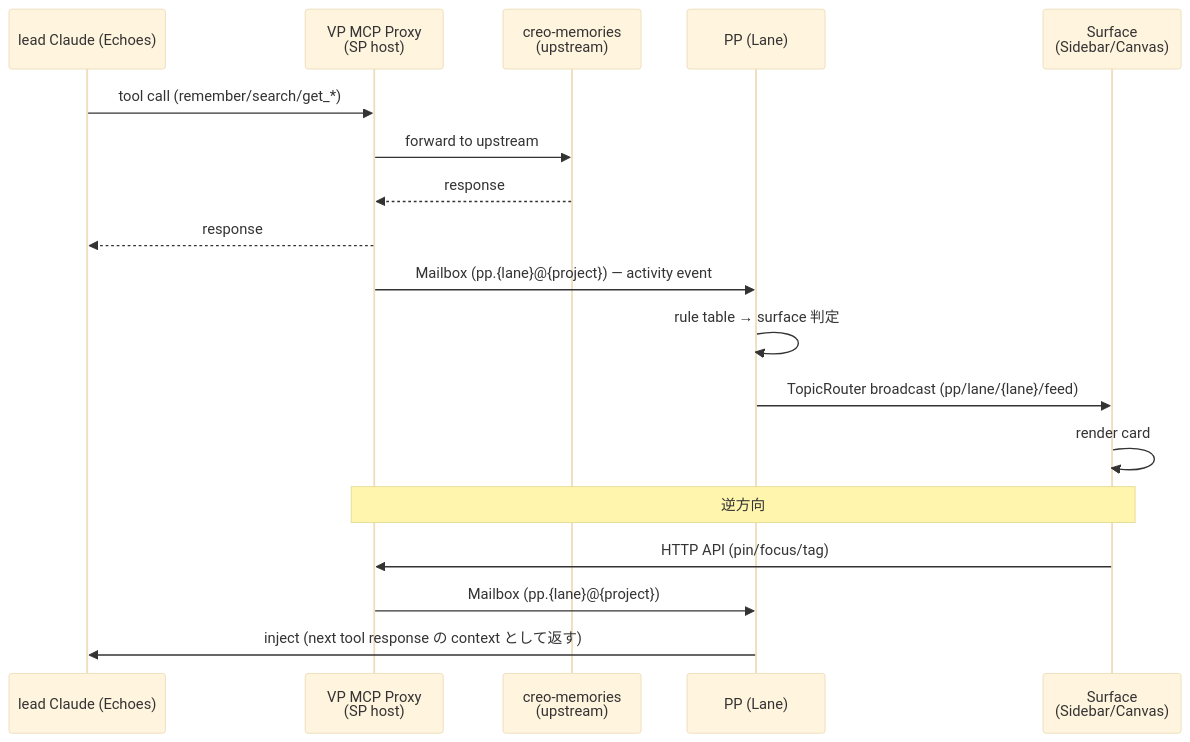
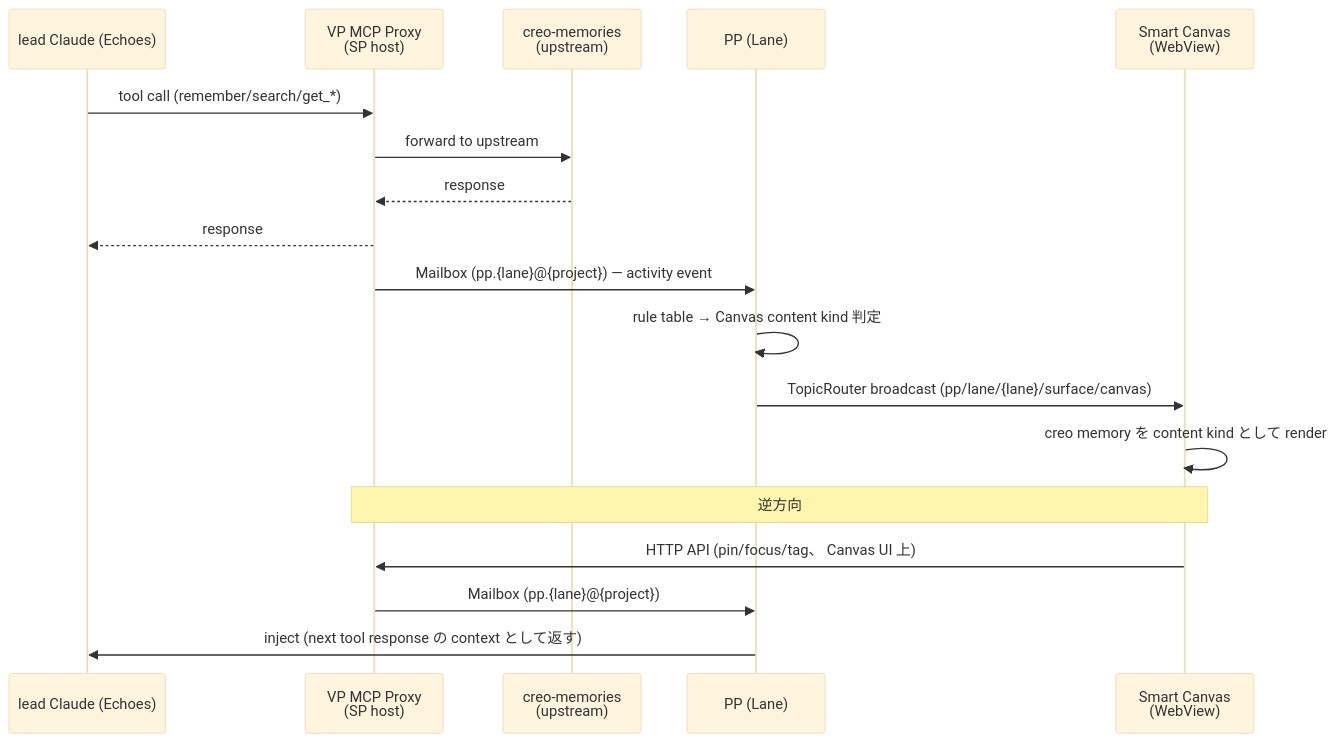
The second of 2 diagrams in docs/design/13-paisley-park-revival.md (chronista-club/vantage-point), drawn with Mermaid (base theme) before and after one commit. The commit also changed other lines of this file, not shown here.

````diff
--- a/docs/design/13-paisley-park-revival.md
+++ b/docs/design/13-paisley-park-revival.md
@@ -205,22 +204,22 @@
 ```mermaid
 sequenceDiagram
     participant CC as lead Claude (Echoes)
     participant VP as VP MCP Proxy<br/>(SP host)
     participant CM as creo-memories<br/>(upstream)
     participant PP as PP (Lane)
-    participant UI as Surface<br/>(Sidebar/Canvas)
+    participant Canvas as Smart Canvas<br/>(WebView)
 
     CC->>VP: tool call (remember/search/get_*)
     VP->>CM: forward to upstream
     CM-->>VP: response
     VP-->>CC: response
     VP->>PP: Mailbox (pp.{lane}@{project}) — activity event
-    PP->>PP: rule table → surface 判定
-    PP->>UI: TopicRouter broadcast (pp/lane/{lane}/feed)
-    UI->>UI: render card
+    PP->>PP: rule table → Canvas content kind 判定
+    PP->>Canvas: TopicRouter broadcast (pp/lane/{lane}/surface/canvas)
+    Canvas->>Canvas: creo memory を content kind として render
 
-    Note over UI,VP: 逆方向
-    UI->>VP: HTTP API (pin/focus/tag)
+    Note over Canvas,VP: 逆方向
+    Canvas->>VP: HTTP API (pin/focus/tag、 Canvas UI 上)
     VP->>PP: Mailbox (pp.{lane}@{project})
     PP->>CC: inject (next tool response の context として返す)
 ```
````
